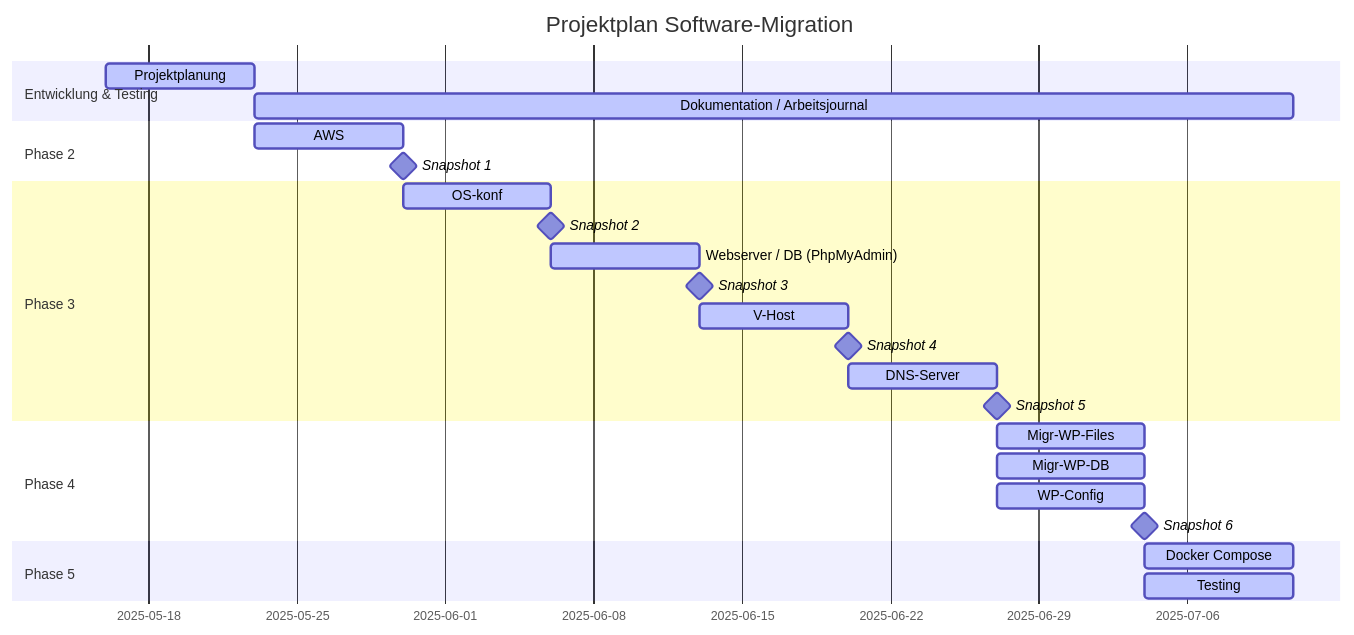
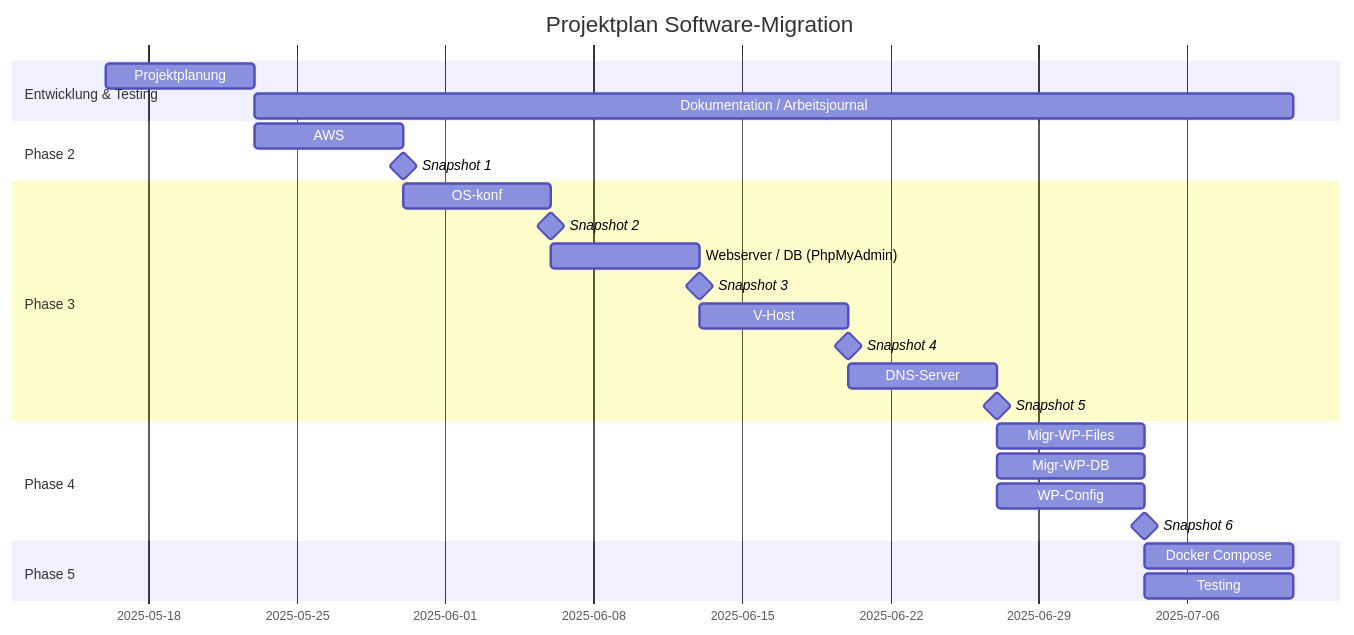
One commit to marzonev/M158 changed the diagram in 01 - Dokumentation/README.md. Above: the diagram before and after it, drawn with Mermaid.

Commit message:
changed color back :(

````diff
--- a/01 - Dokumentation/README.md
+++ b/01 - Dokumentation/README.md
@@ -22,28 +22,28 @@
 ```mermaid
 gantt
     title Projektplan Software-Migration
     dateFormat  DD-MM-YYYY
     section Entwicklung & Testing
-    Projektplanung  : active, a1, 16-05-2025  , 7d
-    Dokumentation / Arbeitsjournal : active, after a1, 49d
+    Projektplanung : a1, 16-05-2025  , 7d
+    Dokumentation / Arbeitsjournal : after a1, 49d
     section Phase 2
-    AWS : active, b2, after a1, 7d
+    AWS : b2, after a1, 7d
     Snapshot 1  : milestone, sn1
     section Phase 3
-    OS-konf : active,c1, after b2, 7d
+    OS-konf : c1, after b2, 7d
     Snapshot 2 : milestone, sn2
-    Webserver / DB (PhpMyAdmin) : active,c2, after c1, 7d
+    Webserver / DB (PhpMyAdmin) : c2, after c1, 7d
     Snapshot 3 : milestone, sn3
-    V-Host : active, c3, after c2, 7d
+    V-Host : c3, after c2, 7d
     Snapshot 4 : milestone, sn4
-    DNS-Server : active, c4, after c3, 7d
+    DNS-Server : c4, after c3, 7d
     Snapshot 5 : milestone, sn5
     section Phase 4
-    Migr-WP-Files : active, d1, after c4, 7d
-    Migr-WP-DB : active, d2, after c4, 7d
-    WP-Config : active, d3, after c4, 7d
+    Migr-WP-Files : d1, after c4, 7d
+    Migr-WP-DB : d2, after c4, 7d
+    WP-Config : d3, after c4, 7d
     Snapshot 6 : milestone, sn6
     section Phase 5
-    Docker Compose : active, e1, after d3, 7d
-    Testing : active, e2, after d3, 7d
+    Docker Compose : e1, after d3, 7d
+    Testing : e2, after d3, 7d
 ```
````
